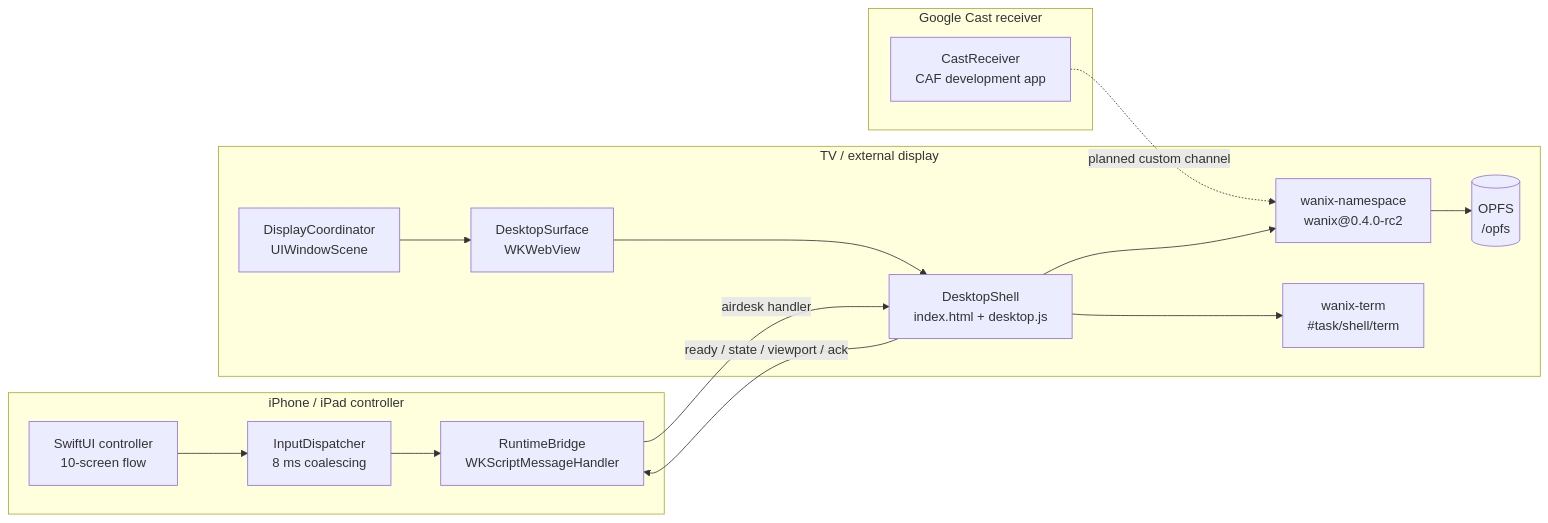
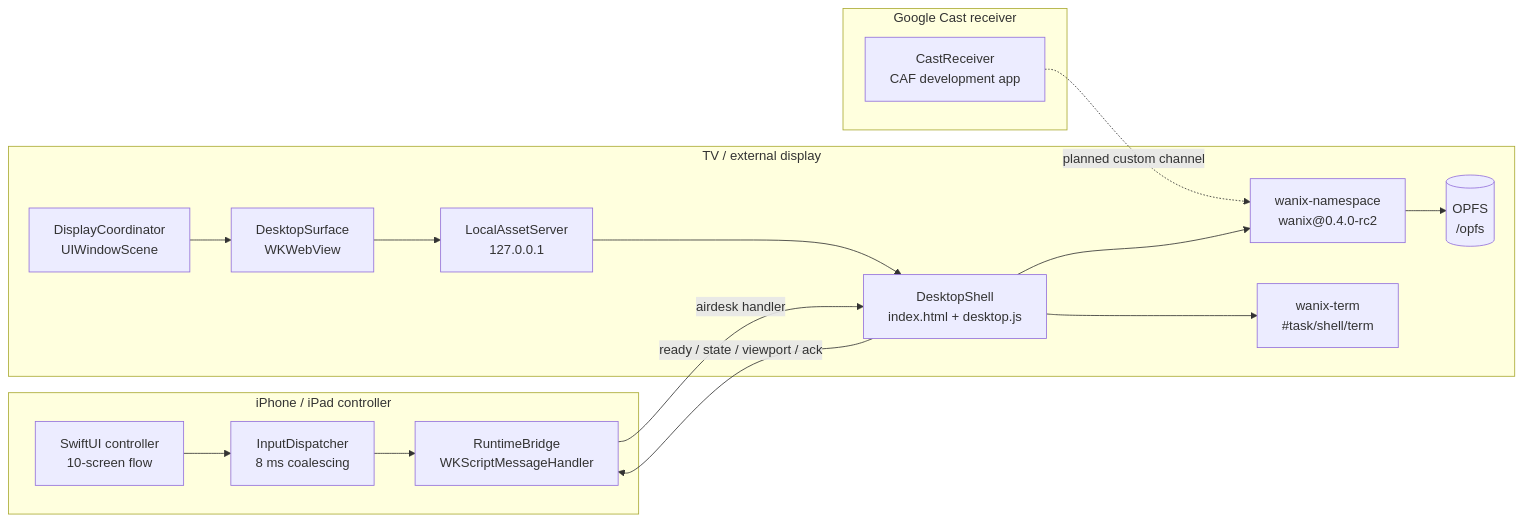
Before and after one commit to amharik/AirDesk: the first of 3 diagrams in README.md, drawn with Mermaid. The commit also changed other lines of this file and 5 other files, not shown here.

````diff
--- a/README.md
+++ b/README.md
@@ -17,30 +17,31 @@
 ```mermaid
 flowchart LR
   subgraph Phone["iPhone / iPad controller"]
     UI["SwiftUI controller<br/>10-screen flow"]
     ID["InputDispatcher<br/>8 ms coalescing"]
     RB["RuntimeBridge<br/>WKScriptMessageHandler"]
   end
 
   subgraph Display["TV / external display"]
     DC["DisplayCoordinator<br/>UIWindowScene"]
     DS["DesktopSurface<br/>WKWebView"]
+    LS["LocalAssetServer<br/>127.0.0.1"]
     SH["DesktopShell<br/>index.html + desktop.js"]
     WX["wanix-namespace<br/>wanix@0.4.0-rc2"]
     FS[("OPFS<br/>/opfs")]
     TERM["wanix-term<br/>#task/shell/term"]
   end
 
   subgraph Cast["Google Cast receiver"]
     CR["CastReceiver<br/>CAF development app"]
   end
 
   UI --> ID --> RB
   RB -->|"airdesk handler"| SH
   SH --> WX
   WX --> FS
   SH --> TERM
-  DC --> DS --> SH
+  DC --> DS --> LS --> SH
   SH -->|"ready / state / viewport / ack"| RB
   CR -.->|"planned custom channel"| WX
 ```
````
